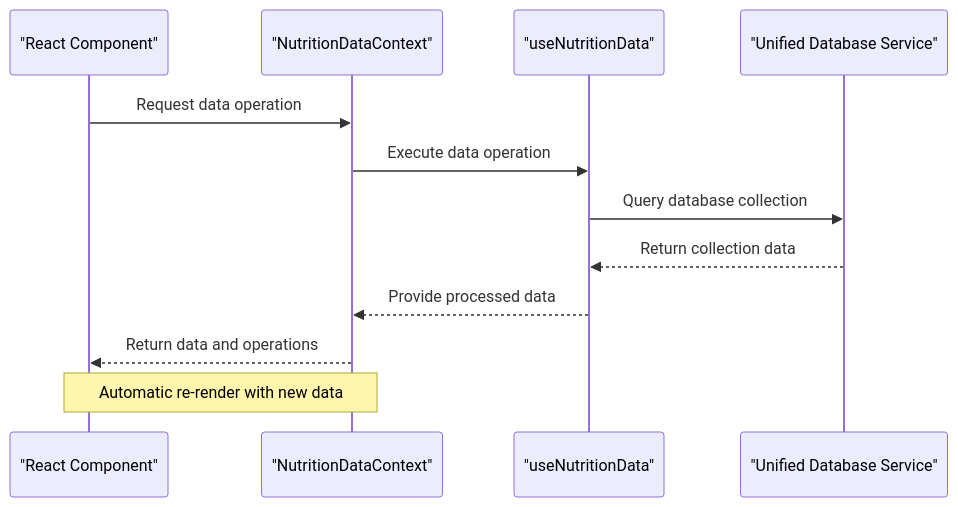
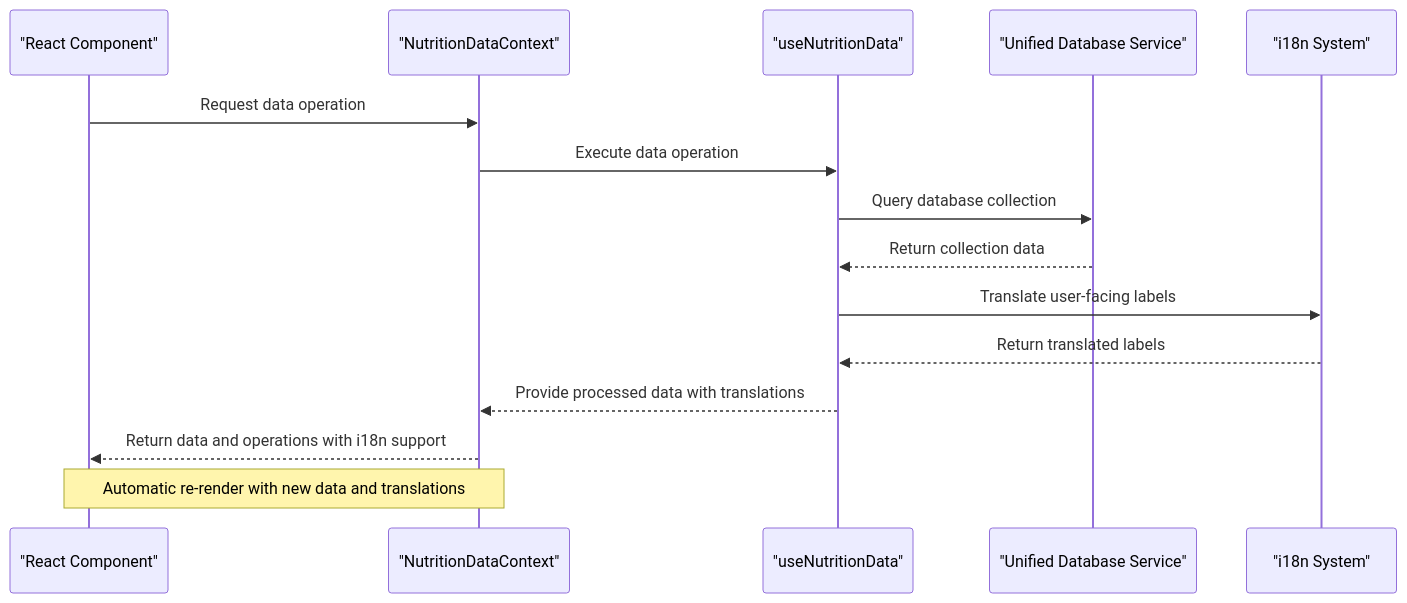
Before and after one commit to geniusdynamics/schoolpilot: the fifth of 11 diagrams in .qoder/repowiki/en/content/Modules System/Nutrition Module.md, drawn with Mermaid. The commit also changed other lines of this file and 16 other files, not shown here.

````diff
--- a/.qoder/repowiki/en/content/Modules System/Nutrition Module.md
+++ b/.qoder/repowiki/en/content/Modules System/Nutrition Module.md
@@ -290,14 +307,17 @@
 ```mermaid
 sequenceDiagram
 participant Component as "React Component"
 participant Context as "NutritionDataContext"
 participant Hook as "useNutritionData"
 participant Database as "Unified Database Service"
+participant I18n as "i18n System"
 Component->>Context : Request data operation
 Context->>Hook : Execute data operation
 Hook->>Database : Query database collection
 Database-->>Hook : Return collection data
-Hook-->>Context : Provide processed data
-Context-->>Component : Return data and operations
-Note over Component,Context : Automatic re-render with new data
+Hook->>I18n : Translate user-facing labels
+I18n-->>Hook : Return translated labels
+Hook-->>Context : Provide processed data with translations
+Context-->>Component : Return data and operations with i18n support
+Note over Component,Context : Automatic re-render with new data and translations
 ```
````
